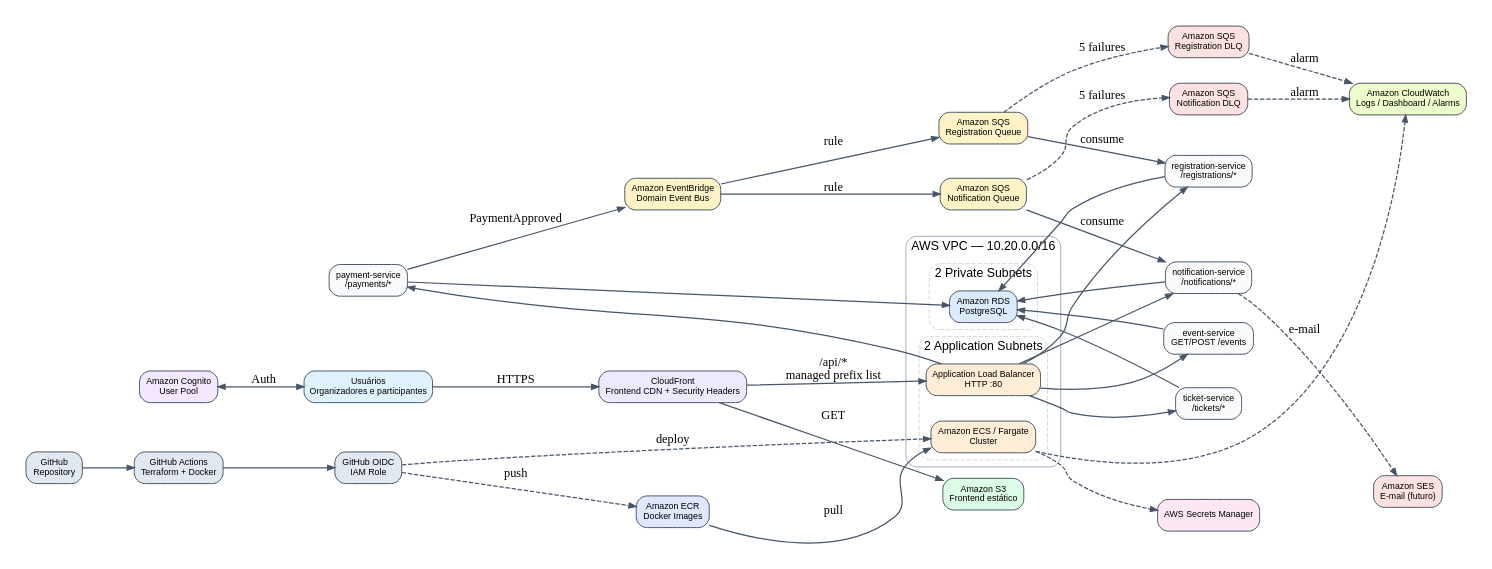
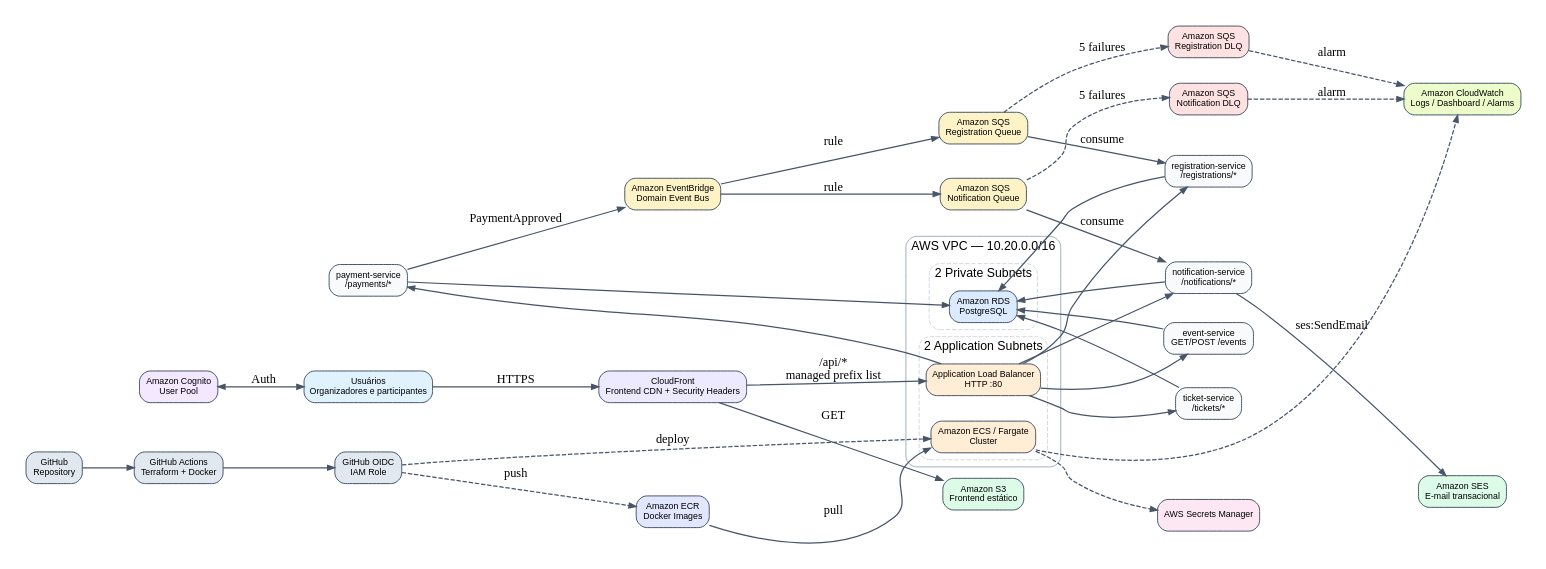
One commit to evandromendes08/PRR---AWS-DevOps changed the diagram in architecture/architecture.dot. Above: the diagram before and after it, drawn with Graphviz. The commit also changed 6 other files, not shown here.

```diff
--- a/architecture/architecture.dot
+++ b/architecture/architecture.dot
@@ -1,73 +1,73 @@
 digraph G {
   graph [rankdir=LR, bgcolor="white", fontname="Arial", pad="0.3", nodesep="0.4", ranksep="0.8"];
   node [shape=box, style="rounded,filled", fontname="Arial", fontsize=10, color="#334155", fillcolor="#f8fafc"];
   edge [color="#475569", penwidth=1.4, arrowsize=0.8];
 
   users [label="Usuários\nOrganizadores e participantes", fillcolor="#e0f2fe"];
   cf [label="CloudFront\nFrontend CDN + Security Headers", fillcolor="#ede9fe"];
   s3 [label="Amazon S3\nFrontend estático", fillcolor="#dcfce7"];
   alb [label="Application Load Balancer\nHTTP :80", fillcolor="#ffedd5"];
   cognito [label="Amazon Cognito\nUser Pool", fillcolor="#f3e8ff"];
 
   subgraph cluster_vpc {
     label="AWS VPC — 10.20.0.0/16";
     color="#94a3b8"; style="rounded";
     subgraph cluster_public {
       label="2 Application Subnets"; color="#cbd5e1"; style="rounded,dashed";
       alb;
       ecs [label="Amazon ECS / Fargate\nCluster", fillcolor="#ffedd5"];
     }
     subgraph cluster_private {
       label="2 Private Subnets"; color="#cbd5e1"; style="rounded,dashed";
       rds [label="Amazon RDS\nPostgreSQL", fillcolor="#dbeafe"];
     }
   }
 
   event [label="event-service\nGET/POST /events"];
   ticket [label="ticket-service\n/tickets/*"];
   reg [label="registration-service\n/registrations/*"];
   pay [label="payment-service\n/payments/*"];
   notif [label="notification-service\n/notifications/*"];
 
   bus [label="Amazon EventBridge\nDomain Event Bus", fillcolor="#fef3c7"];
   sqs_reg [label="Amazon SQS\nRegistration Queue", fillcolor="#fef3c7"];
   sqs_notif [label="Amazon SQS\nNotification Queue", fillcolor="#fef3c7"];
   dlq_reg [label="Amazon SQS\nRegistration DLQ", fillcolor="#fee2e2"];
   dlq_notif [label="Amazon SQS\nNotification DLQ", fillcolor="#fee2e2"];
-  ses [label="Amazon SES\nE-mail (futuro)", fillcolor="#fee2e2"];
+  ses [label="Amazon SES\nE-mail transacional", fillcolor="#dcfce7"];
   ecr [label="Amazon ECR\nDocker Images", fillcolor="#e0e7ff"];
   cw [label="Amazon CloudWatch\nLogs / Dashboard / Alarms", fillcolor="#ecfccb"];
   secrets [label="AWS Secrets Manager", fillcolor="#fce7f3"];
   github [label="GitHub\nRepository", fillcolor="#e2e8f0"];
   actions [label="GitHub Actions\nTerraform + Docker", fillcolor="#e2e8f0"];
   oidc [label="GitHub OIDC\nIAM Role", fillcolor="#e2e8f0"];
 
   users -> cf [label="HTTPS"];
   cf -> s3 [label="GET"];
   cf -> alb [label="/api/*\nmanaged prefix list"];
   alb -> event;
   alb -> ticket;
   alb -> reg;
   alb -> pay;
   alb -> notif;
   cognito -> users [dir=both, label="Auth"];
 
   event -> rds; ticket -> rds; reg -> rds; pay -> rds; notif -> rds;
   pay -> bus [label="PaymentApproved"];
   bus -> sqs_reg [label="rule"];
   bus -> sqs_notif [label="rule"];
   sqs_reg -> reg [label="consume"];
   sqs_notif -> notif [label="consume"];
   sqs_reg -> dlq_reg [label="5 failures", style=dashed];
   sqs_notif -> dlq_notif [label="5 failures", style=dashed];
   dlq_reg -> cw [label="alarm", style=dashed];
   dlq_notif -> cw [label="alarm", style=dashed];
-  notif -> ses [label="e-mail", style=dashed];
+  notif -> ses [label="ses:SendEmail"];
   ecr -> ecs [label="pull"];
   ecs -> cw [style=dashed];
   ecs -> secrets [style=dashed];
   github -> actions;
   actions -> oidc;
   oidc -> ecr [label="push", style=dashed];
   oidc -> ecs [label="deploy", style=dashed];
 }
```
